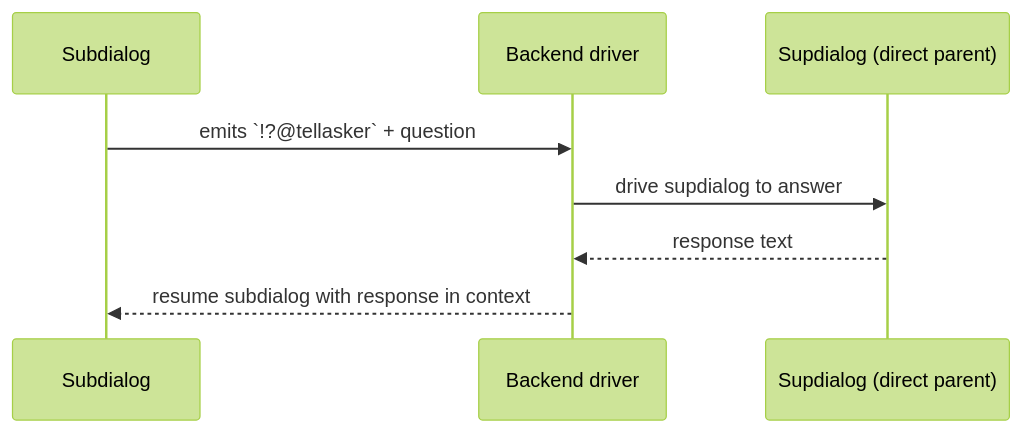
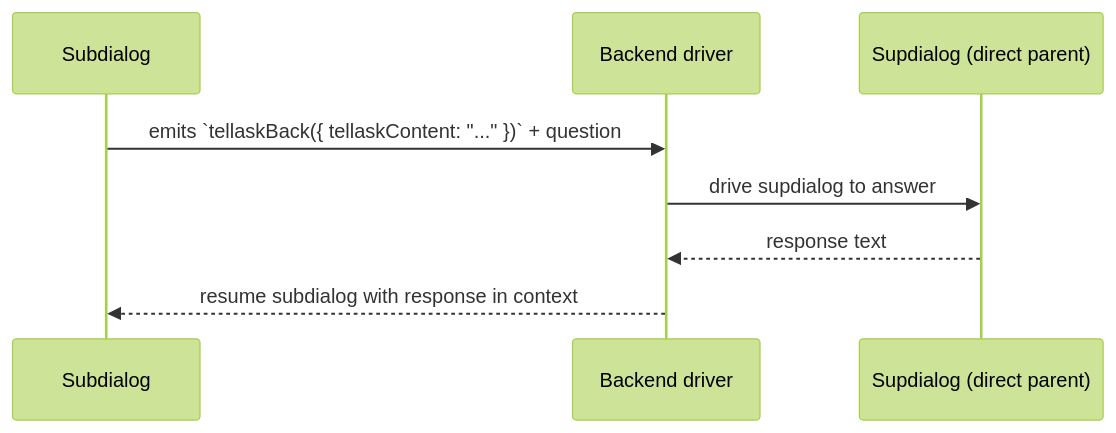
Diagram 11 of 18 in docs/dialog-system.md (longrun-ai/dominds), drawn with Mermaid (forest theme) before and after one commit. The commit also changed other lines of this file and 21 other files, not shown here.

````diff
--- a/docs/dialog-system.md
+++ b/docs/dialog-system.md
@@ -1098,11 +1098,11 @@
 ```mermaid
 sequenceDiagram
   participant Sub as Subdialog
   participant Driver as Backend driver
   participant Sup as Supdialog (direct parent)
 
-  Sub->>Driver: emits `!?@tellasker` + question
+  Sub->>Driver: emits `tellaskBack({ tellaskContent: "..." })` + question
   Driver->>Sup: drive supdialog to answer
   Sup-->>Driver: response text
   Driver-->>Sub: resume subdialog with response in context
 ```
````
